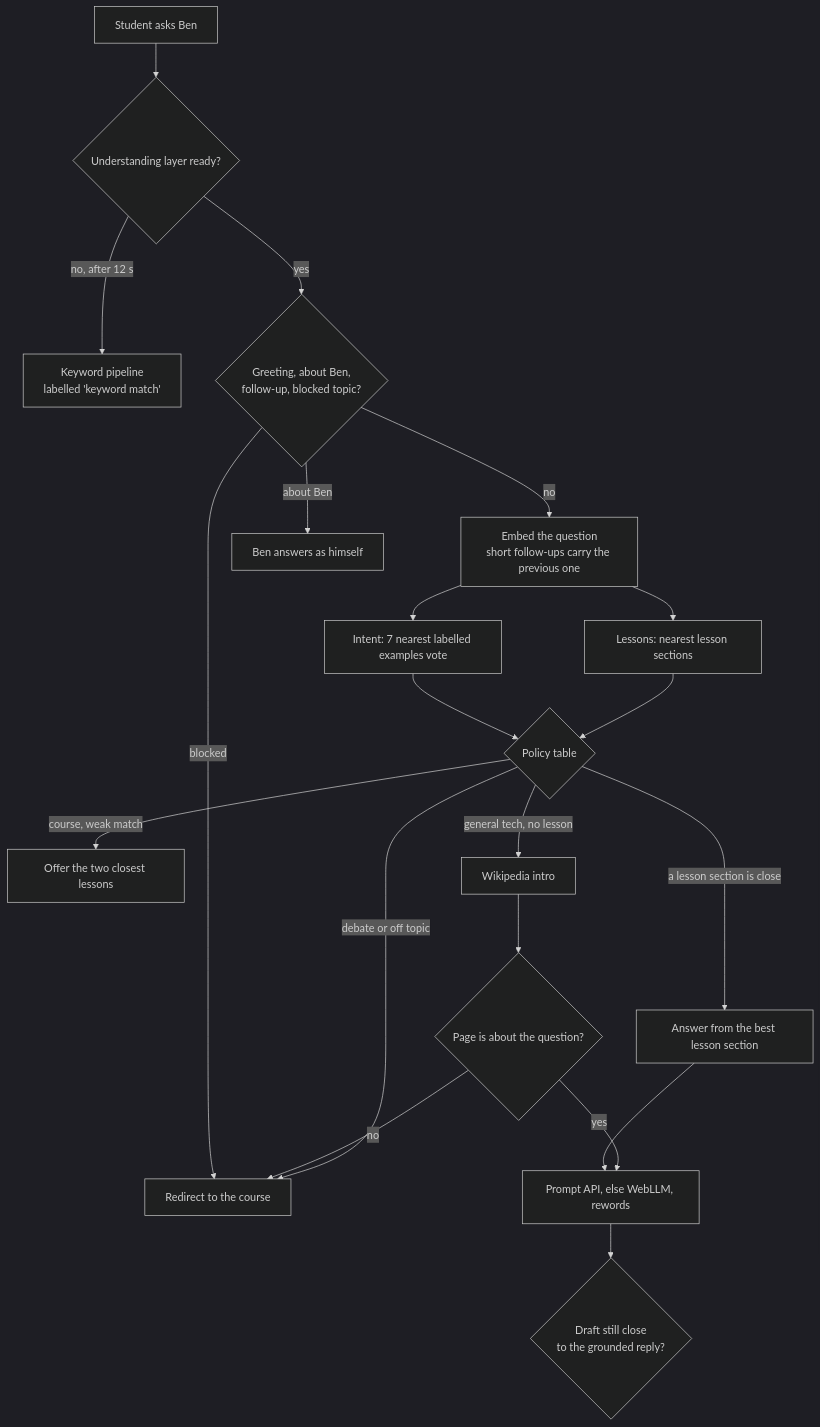
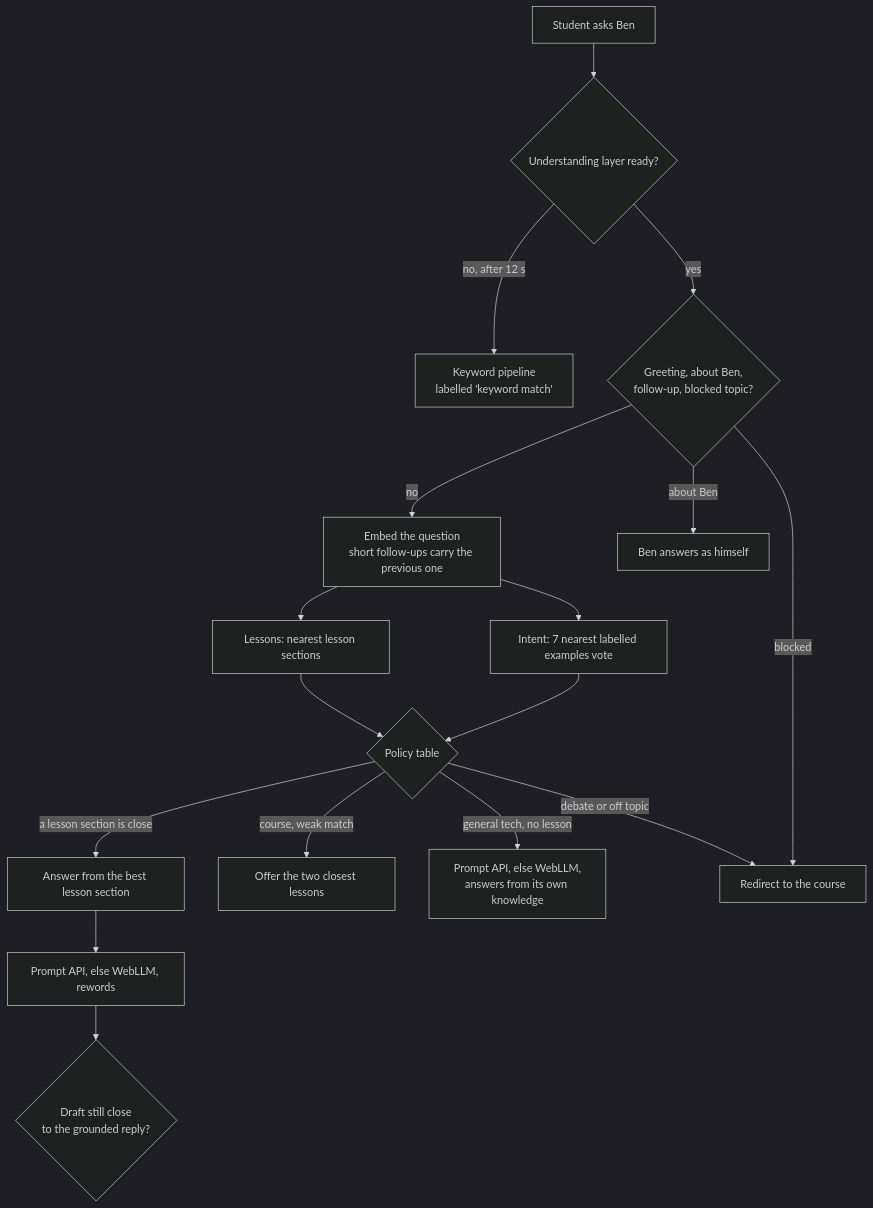
One commit to veeresh-bikkaneti/system-design-and-architecture changed the diagram in docs/ai-tutor.md. Above: the diagram before and after it, drawn with Mermaid (dark theme). The commit also changed other lines of this file and 15 other files, not shown here.

````diff
--- a/docs/ai-tutor.md
+++ b/docs/ai-tutor.md
@@ -27,33 +26,30 @@
 ```mermaid
 flowchart TD
   ask[Student asks Ben]
   ready{Understanding layer ready?}
   kw[Keyword pipeline<br/>labelled 'keyword match']
   rules{Greeting, about Ben,<br/>follow-up, blocked topic?}
   embed[Embed the question<br/>short follow-ups carry the previous one]
   vote[Intent: 7 nearest labelled examples vote]
   rank[Lessons: nearest lesson sections]
   policy{Policy table}
   self[Ben answers as himself]
   lesson[Answer from the best lesson section]
   clarify[Offer the two closest lessons]
-  lookup[Wikipedia intro]
-  fit{Page is about the question?}
+  parametric[Prompt API, else WebLLM,<br/>answers from its own knowledge]
   redirect[Redirect to the course]
   engine[Prompt API, else WebLLM, rewords]
   keep{Draft still close<br/>to the grounded reply?}
 
   ask --> ready
   ready -->|no, after 12 s| kw
   ready -->|yes| rules
   rules -->|about Ben| self
   rules -->|blocked| redirect
   rules -->|no| embed --> vote & rank --> policy
   policy -->|a lesson section is close| lesson
   policy -->|course, weak match| clarify
-  policy -->|general tech, no lesson| lookup --> fit
-  fit -->|no| redirect
+  policy -->|general tech, no lesson| parametric
   policy -->|debate or off topic| redirect
   lesson --> engine --> keep
-  fit -->|yes| engine
 ```
````
